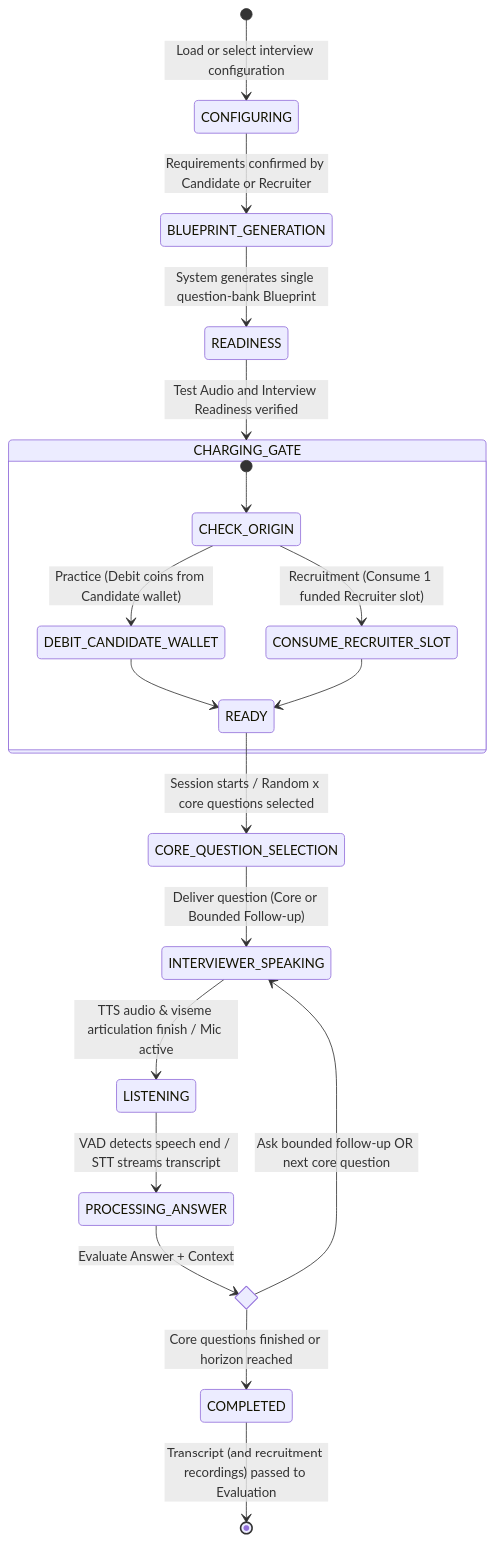
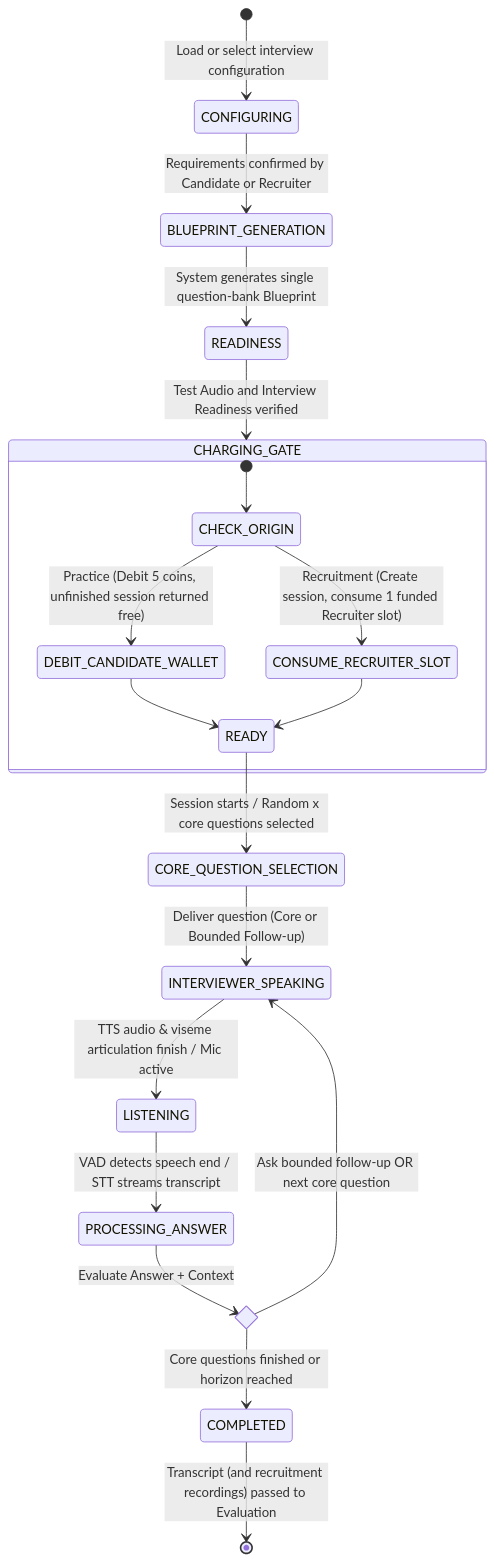
The diagram in 01_Domains/Interview/README.md (cog-forge/role-cue-brain), drawn with Mermaid before and after one commit. The commit also changed other lines of this file and 14 other files, not shown here.

````diff
--- a/01_Domains/Interview/README.md
+++ b/01_Domains/Interview/README.md
@@ -73,27 +76,27 @@
 ```mermaid
 stateDiagram-v2
     [*] --> CONFIGURING: Load or select interview configuration
     CONFIGURING --> BLUEPRINT_GENERATION: Requirements confirmed by Candidate or Recruiter
     BLUEPRINT_GENERATION --> READINESS: System generates single question-bank Blueprint
     READINESS --> CHARGING_GATE: Test Audio and Interview Readiness verified
 
     state CHARGING_GATE {
         [*] --> CHECK_ORIGIN
-        CHECK_ORIGIN --> DEBIT_CANDIDATE_WALLET: Practice (Debit coins from Candidate wallet)
-        CHECK_ORIGIN --> CONSUME_RECRUITER_SLOT: Recruitment (Consume 1 funded Recruiter slot)
+        CHECK_ORIGIN --> DEBIT_CANDIDATE_WALLET: Practice (Debit 5 coins, unfinished session returned free)
+        CHECK_ORIGIN --> CONSUME_RECRUITER_SLOT: Recruitment (Create session, consume 1 funded Recruiter slot)
         DEBIT_CANDIDATE_WALLET --> READY
         CONSUME_RECRUITER_SLOT --> READY
     }
 
     READY --> CORE_QUESTION_SELECTION: Session starts / Random x core questions selected
     CORE_QUESTION_SELECTION --> INTERVIEWER_SPEAKING: Deliver question (Core or Bounded Follow-up)
     INTERVIEWER_SPEAKING --> LISTENING: TTS audio & viseme articulation finish / Mic active
     LISTENING --> PROCESSING_ANSWER: VAD detects speech end / STT streams transcript
 
     state QuestionLoopDecision <<choice>>
     PROCESSING_ANSWER --> QuestionLoopDecision: Evaluate Answer + Context
     QuestionLoopDecision --> INTERVIEWER_SPEAKING: Ask bounded follow-up OR next core question
     QuestionLoopDecision --> COMPLETED: Core questions finished or horizon reached
 
     COMPLETED --> [*]: Transcript (and recruitment recordings) passed to Evaluation
 ```
````
